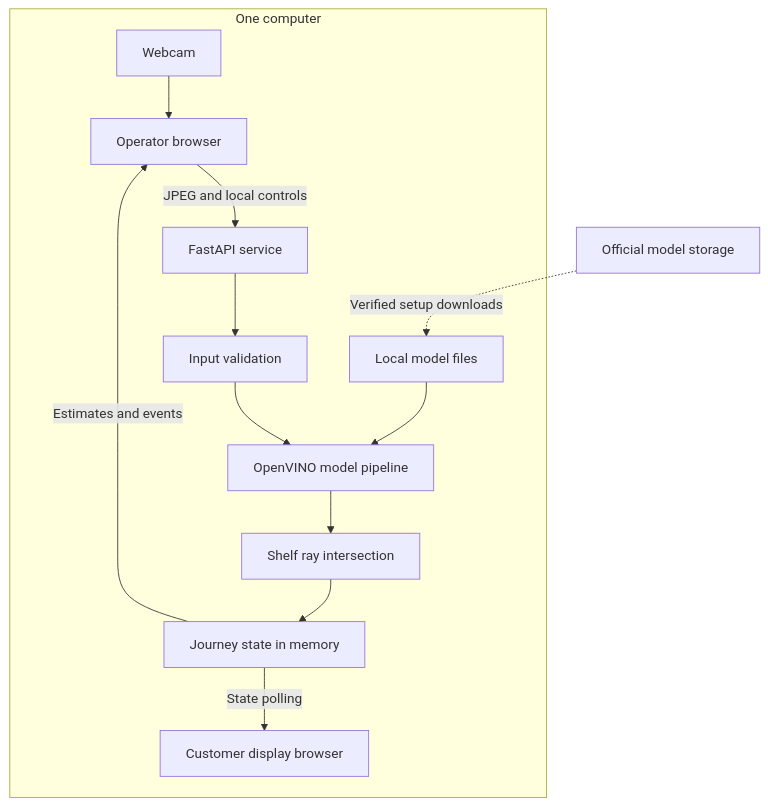
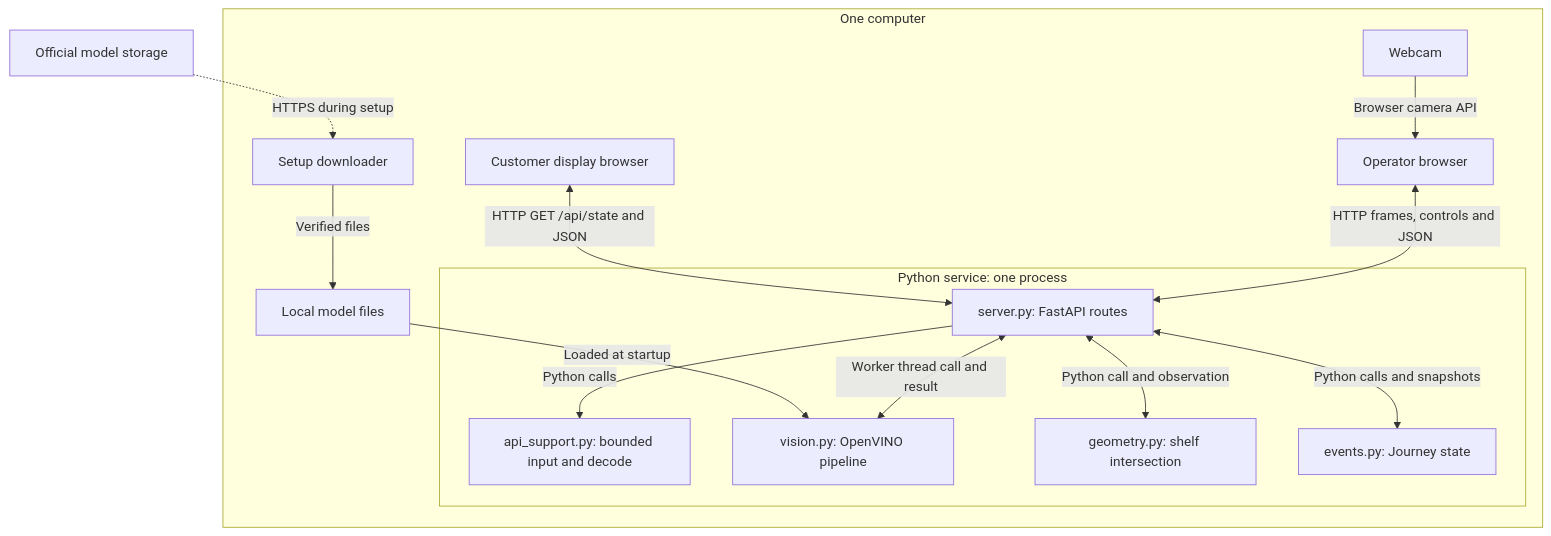
One commit to MasteraSnackin/trace-eat-hack changed the first of 2 diagrams in ARCHITECTURE.md. Above: the diagram before and after it, drawn with Mermaid. The commit also changed other lines of this file and 9 other files, not shown here.

Commit message:
docs: improve setup guidance and map the local architecture

````diff
--- a/ARCHITECTURE.md
+++ b/ARCHITECTURE.md
@@ -21,15 +37,18 @@
 ```mermaid
 flowchart TB
     subgraph Computer[One computer]
-        Cam[Webcam] --> Browser[Operator browser]
-        Browser -->|JPEG and local controls| Service[FastAPI service]
-        Service --> Input[Input validation]
-        Input --> Models[OpenVINO model pipeline]
-        Models --> Geometry[Shelf ray intersection]
-        Geometry --> State[Journey state in memory]
-        State -->|State polling| Screen[Customer display browser]
-        State -->|Estimates and events| Browser
-        Weights[Local model files] --> Models
+        Cam[Webcam] -->|Browser camera API| Browser[Operator browser]
+        Browser <-->|HTTP frames, controls and JSON| Service
+        Screen[Customer display browser] <-->|HTTP GET /api/state and JSON| Service
+        subgraph Runtime[Python service: one process]
+            Service[server.py: FastAPI routes]
+            Service -->|Python calls| Input[api_support.py: bounded input and decode]
+            Service <-->|Worker thread call and result| Models[vision.py: OpenVINO pipeline]
+            Service <-->|Python call and observation| Geometry[geometry.py: shelf intersection]
+            Service <-->|Python calls and snapshots| State[events.py: Journey state]
+        end
+        Setup[Setup downloader] -->|Verified files| Weights[Local model files]
+        Weights -->|Loaded at startup| Models
     end
-    Vendor[Official model storage] -. Verified setup downloads .-> Weights
+    Vendor[Official model storage] -. HTTPS during setup .-> Setup
 ```
````
